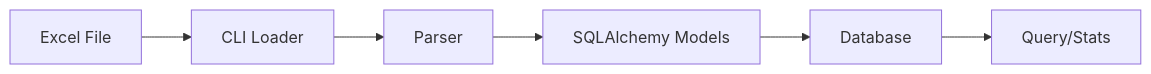
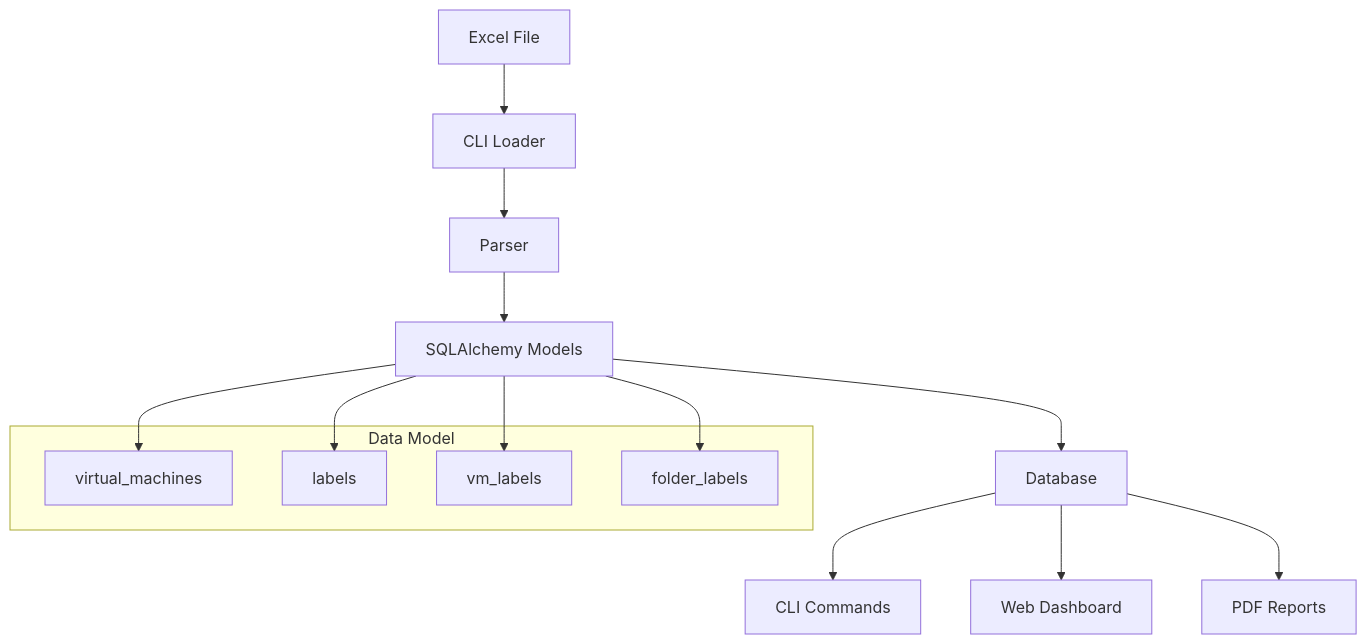
One commit to brunseba/inv-vmware-opa changed the diagram in docs/index.md. Above: the diagram before and after it, drawn with Mermaid. The commit also changed other lines of this file and 1 other file, not shown here.

Commit message:
docs: add comprehensive data model documentation
- Create complete data-model.md with all table schemas
- Include Entity Relationship Diagram with mermaid
- Document all 4 tables: virtual_machines, labels, vm_labels, folder_labels
- Add detailed column descriptions for 100+ fields
- Include index documentation for query optimization
- Provide SQL query examples for common operations
- Document constraints, foreign keys, and CASCADE behavior
- Add label inheritance behavior documentation
- Include performance considerations and best practices
- Update index.md with data model reference
- Add new features to feature list (label management, VM search)
- Update architecture diagram to show data model components
- Add documentation section with links to all guides

````diff
--- a/docs/index.md
+++ b/docs/index.md
@@ -30,8 +33,22 @@
 ```mermaid
-graph LR
+graph TB
     A[Excel File] --> B[CLI Loader]
     B --> C[Parser]
     C --> D[SQLAlchemy Models]
     D --> E[Database]
-    E --> F[Query/Stats]
+    E --> F[CLI Commands]
+    E --> G[Web Dashboard]
+    E --> H[PDF Reports]
+    
+    subgraph "Data Model"
+        D1[virtual_machines] 
+        D2[labels]
+        D3[vm_labels]
+        D4[folder_labels]
+    end
+    
+    D --> D1
+    D --> D2
+    D --> D3
+    D --> D4
 ```
````
